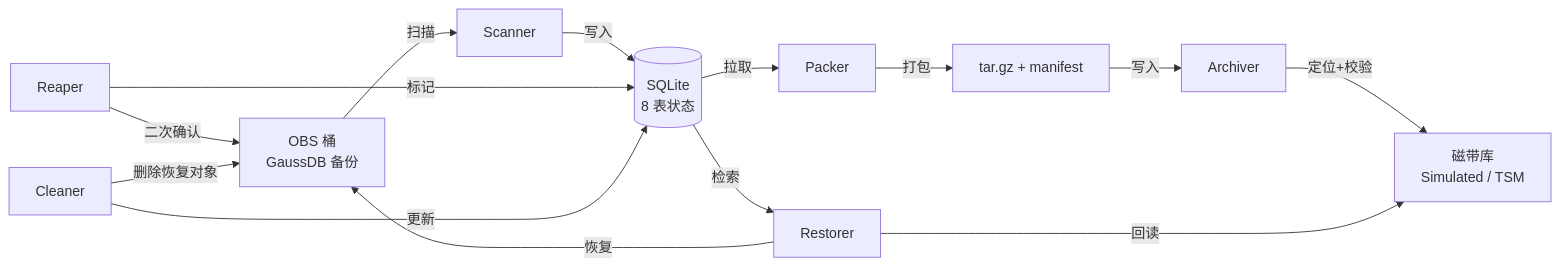
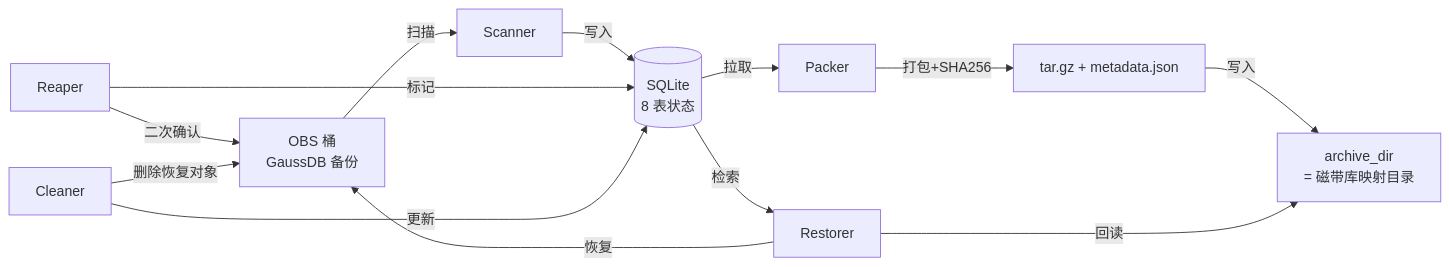
One commit to opswm/gaussdb-obs-tape-archive changed the first of 2 diagrams in README.md. Above: the diagram before and after it, drawn with Mermaid. The commit also changed other lines of this file and 7 other files, not shown here.

First line of the commit message:
refactor: drop tape_lib + archiver, README rewrite for v2.0 weekly

````diff
--- a/README.md
+++ b/README.md
@@ -43,16 +45,15 @@
 ```mermaid
 flowchart LR
   OBS[OBS 桶<br/>GaussDB 备份] -->|扫描| Scanner
   Scanner -->|写入| Catalog[(SQLite<br/>8 表状态)]
   Catalog -->|拉取| Packer
-  Packer -->|打包| TAR[tar.gz + manifest]
-  TAR -->|写入| Archiver
-  Archiver -->|定位+校验| Tape[磁带库<br/>Simulated / TSM]
+  Packer -->|打包+SHA256| TAR[tar.gz + metadata.json]
+  TAR -->|写入| AD[archive_dir<br/>= 磁带库映射目录]
   Reaper -->|二次确认| OBS
   Reaper -->|标记| Catalog
   Catalog -->|检索| Restorer
-  Restorer -->|回读| Tape
+  Restorer -->|回读| AD
   Restorer -->|恢复| OBS
   Cleaner -->|删除恢复对象| OBS
   Cleaner -->|更新| Catalog
 ```
````
